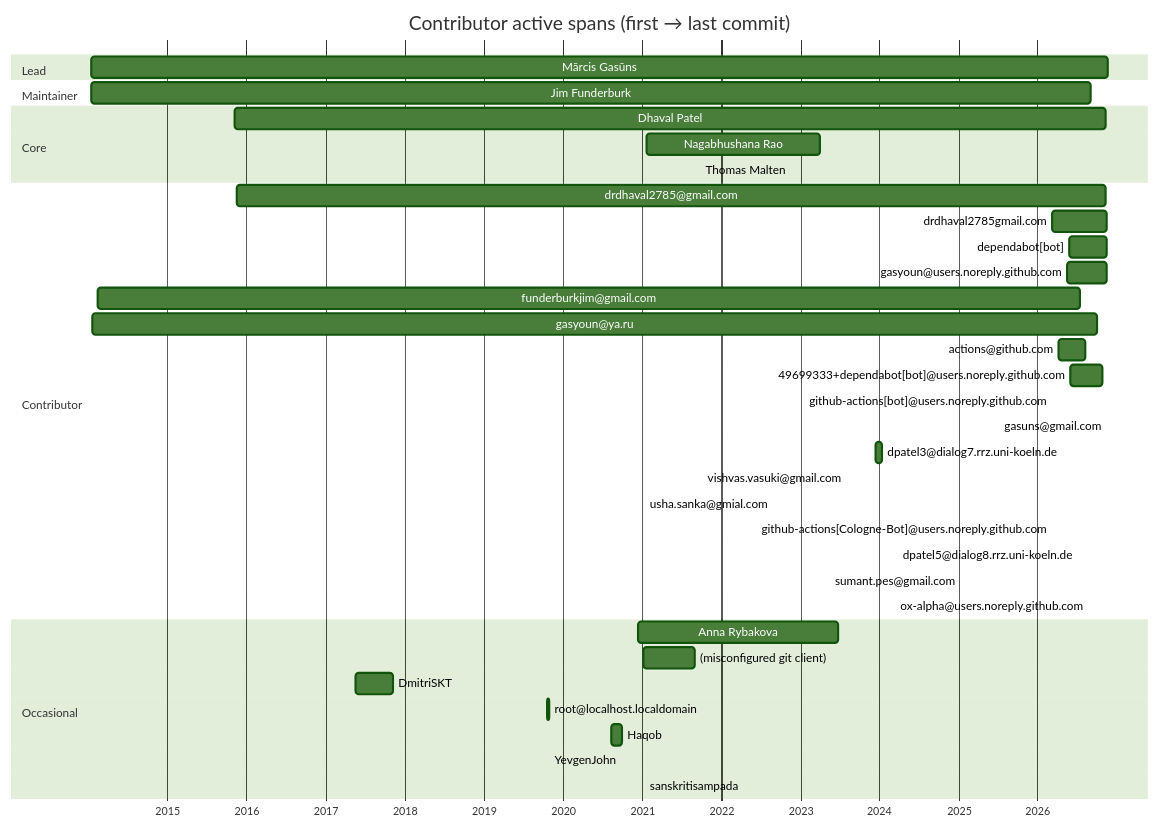
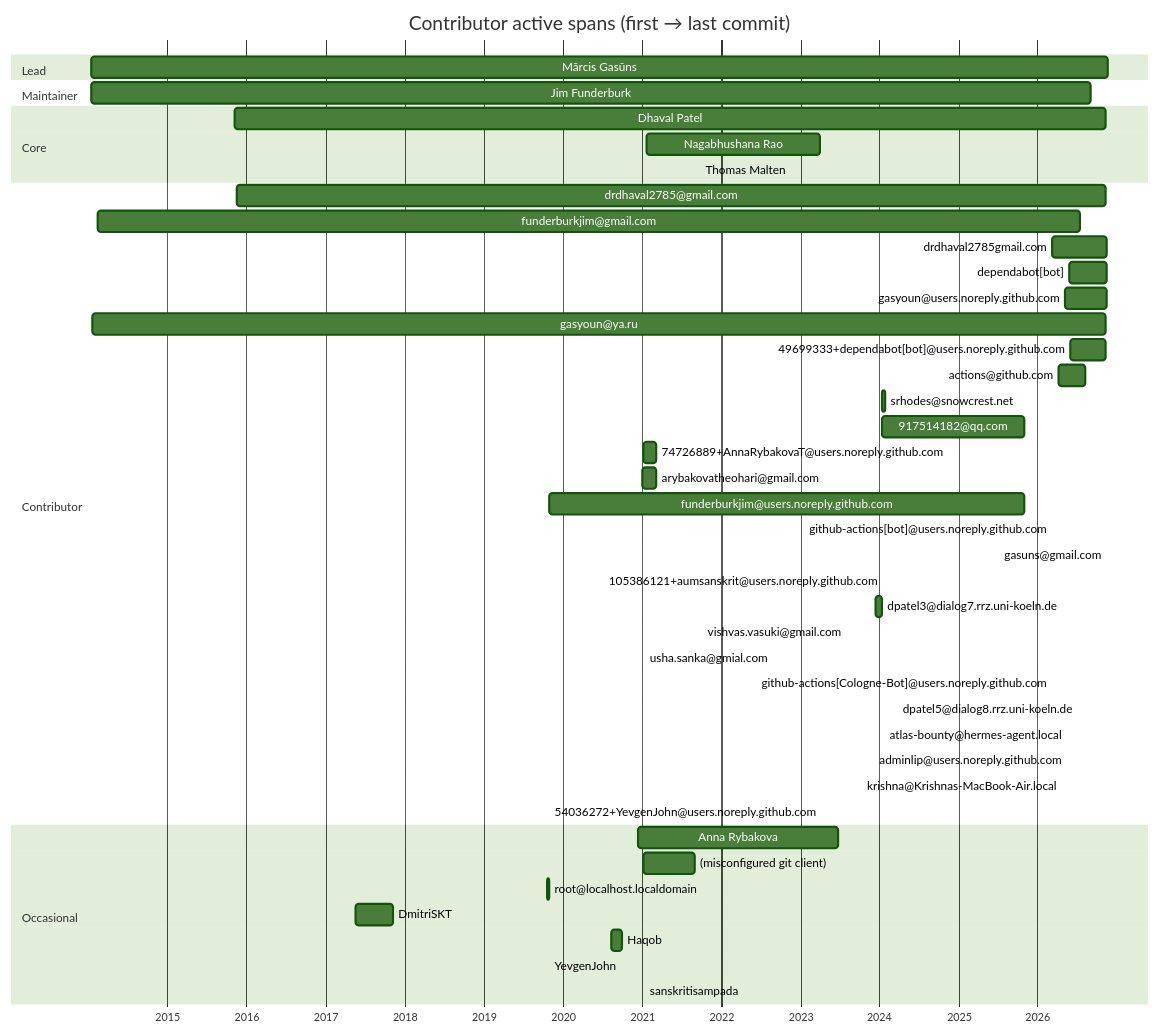
Before and after one commit to sanskrit-lexicon/csl-observatory: the diagram in reports/timeline.md, drawn with Mermaid (forest theme). The commit also changed other lines of this file and 13 other files, not shown here.

````diff
--- a/reports/timeline.md
+++ b/reports/timeline.md
@@ -7,40 +7,48 @@
 ```mermaid
 gantt
     title Contributor active spans (first → last commit)
     dateFormat YYYY-MM-DD
     axisFormat %Y
     section Lead
     Mārcis Gasūns :2014-01-14, 2026-11-21
     section Maintainer
     Jim Funderburk :2014-01-15, 2026-09-05
     section Core
     Dhaval Patel :2015-11-08, 2026-11-12
     Nagabhushana Rao :2021-01-23, 2023-04-03
     Thomas Malten :2021-09-26, 2021-09-26
     section Contributor
     drdhaval2785@gmail.com :2015-11-19, 2026-11-12
+    funderburkjim@gmail.com :2014-02-12, 2026-07-14
     drdhaval2785gmail.com :2026-03-09, 2026-11-15
     dependabot[bot] :2026-05-29, 2026-11-18
-    gasyoun@users.noreply.github.com :2026-05-15, 2026-11-15
-    funderburkjim@gmail.com :2014-02-12, 2026-07-14
-    gasyoun@ya.ru :2014-01-21, 2026-10-03
+    gasyoun@users.noreply.github.com :2026-05-06, 2026-11-15
+    gasyoun@ya.ru :2014-01-21, 2026-11-12
+    49699333+dependabot[bot]@users.noreply.github.com :2026-06-02, 2026-11-09
     actions@github.com :2026-04-08, 2026-08-09
-    49699333+dependabot[bot]@users.noreply.github.com :2026-06-02, 2026-10-26
+    srhodes@snowcrest.net :2024-01-14, 2024-01-28
+    917514182@qq.com :2024-01-13, 2025-11-01
+    74726889+AnnaRybakovaT@users.noreply.github.com :2021-01-06, 2021-03-06
+    arybakovatheohari@gmail.com :2021-01-04, 2021-03-06
+    funderburkjim@users.noreply.github.com :2019-10-30, 2025-11-01
     github-actions[bot]@users.noreply.github.com :2026-03-07, 2026-03-09
     gasuns@gmail.com :2026-11-18, 2026-11-18
+    105386121+aumsanskrit@users.noreply.github.com :2024-01-16, 2024-01-20
     dpatel3@dialog7.rrz.uni-koeln.de :2023-12-15, 2024-01-12
     vishvas.vasuki@gmail.com :2021-10-05, 2021-10-07
     usha.sanka@gmial.com :2021-01-13, 2021-01-13
     github-actions[Cologne-Bot]@users.noreply.github.com :2026-03-09, 2026-03-09
     dpatel5@dialog8.rrz.uni-koeln.de :2026-07-07, 2026-07-07
-    sumant.pes@gmail.com :2023-05-14, 2023-05-14
-    ox-alpha@users.noreply.github.com :2026-08-24, 2026-08-24
+    atlas-bounty@hermes-agent.local :2026-05-15, 2026-05-15
+    adminlip@users.noreply.github.com :2026-05-15, 2026-05-15
+    krishna@Krishnas-MacBook-Air.local :2023-10-12, 2023-10-12
+    54036272+YevgenJohn@users.noreply.github.com :2019-10-31, 2019-10-31
     section Occasional
     Anna Rybakova :2020-12-15, 2023-06-25
     (misconfigured git client) :2021-01-09, 2021-09-03
+    root@localhost.localdomain :2019-10-21, 2019-10-31
     DmitriSKT :2017-05-18, 2017-11-05
-    root@localhost.localdomain :2019-10-21, 2019-10-31
     Haqob :2020-08-11, 2020-09-30
     YevgenJohn :2019-10-31, 2019-10-31
     sanskritisampada :2021-01-10, 2021-01-10
 ```
````
